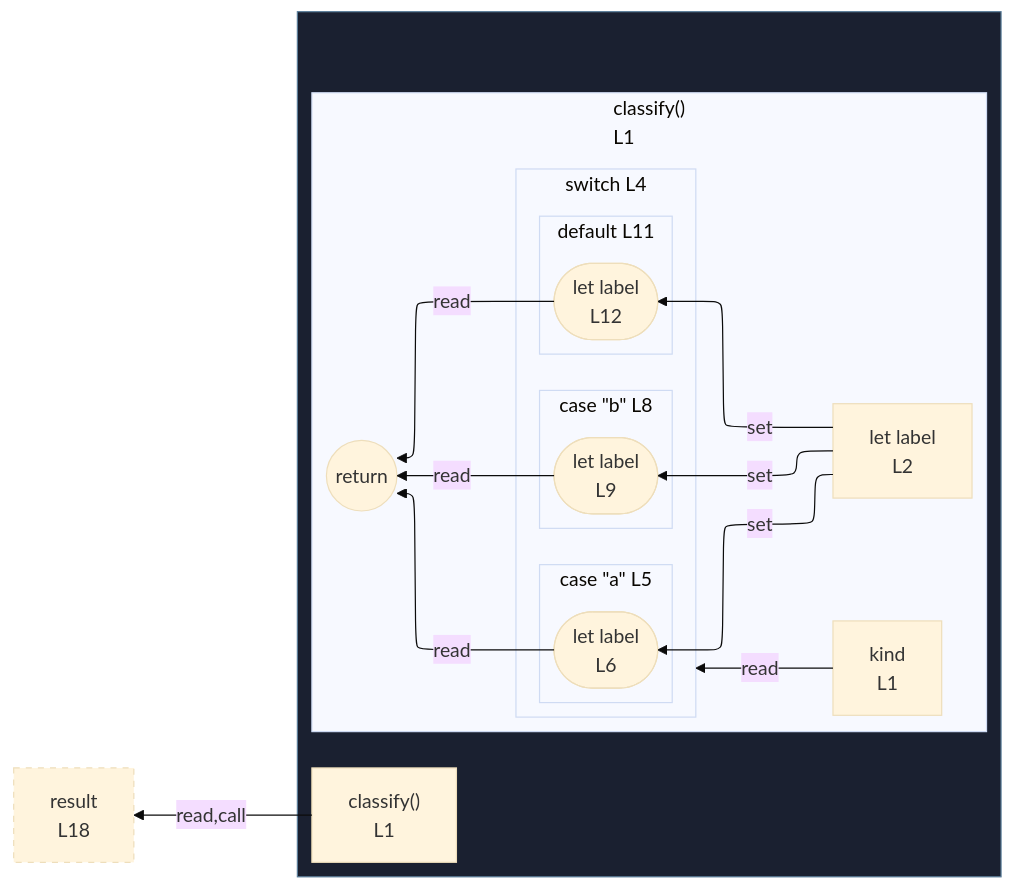
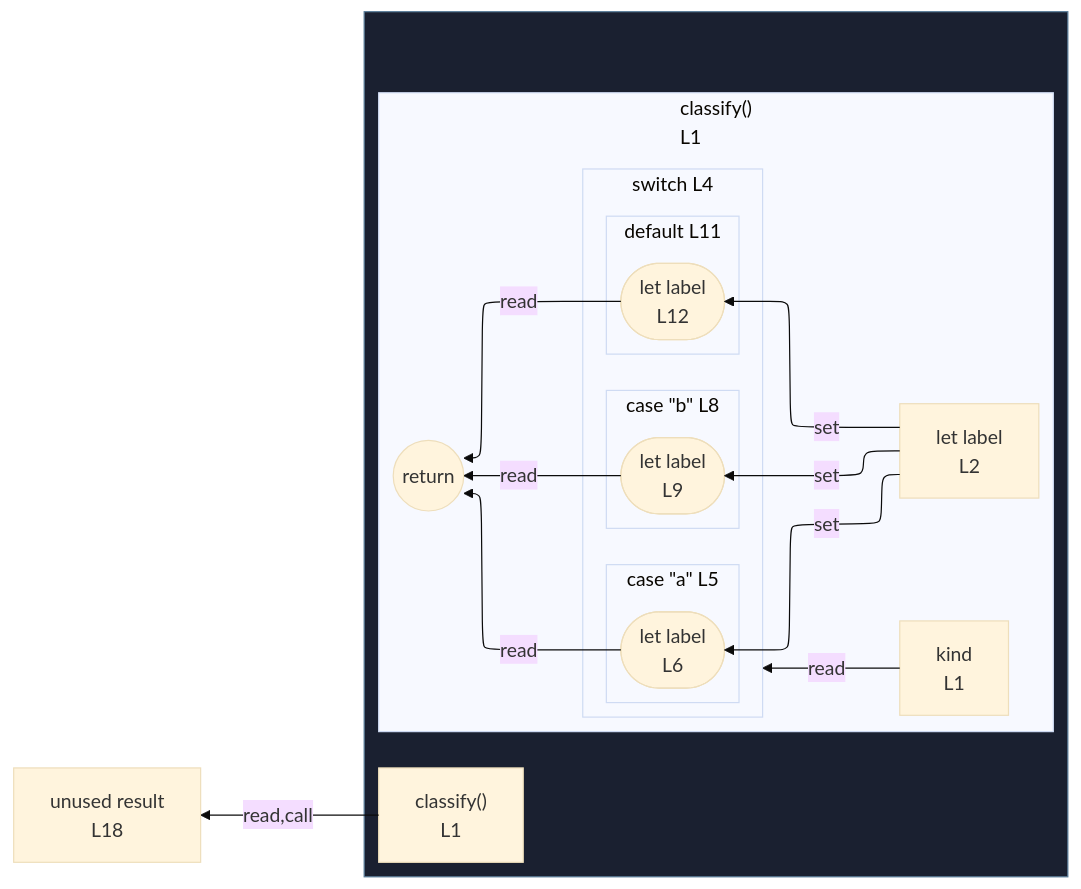
One commit to crescware/unsnarl changed the diagram in integration/fixtures/control-switch-return/preview.md. Above: the diagram before and after it, drawn with Mermaid (base theme). The commit also changed 75 other files, not shown here.

````diff
--- a/integration/fixtures/control-switch-return/preview.md
+++ b/integration/fixtures/control-switch-return/preview.md
@@ -28,42 +28,40 @@
 ```mermaid
 %%{init: {"flowchart": {"defaultRenderer": "elk"}}}%%
 flowchart RL
-  n_scope_0_result_243["result<br/>L18"]
+  n_scope_0_result_243["unused result<br/>L18"]
   subgraph wrap_s_scope_1[" "]
     direction TB
     n_scope_0_classify_9["classify()<br/>L1"]
     subgraph s_scope_1["classify()<br/>L1"]
       direction RL
       return_scope_0_classify_9((return))
       n_scope_1_kind_18["kind<br/>L1"]
       n_scope_1_label_40["let label<br/>L2"]
       subgraph s_scope_2["switch L4"]
         direction RL
         subgraph s_scope_3["case &quot;a&quot; L5"]
           direction RL
           wr_ref_1(["let label<br/>L6"])
         end
         subgraph s_scope_4["case &quot;b&quot; L8"]
           direction RL
           wr_ref_3(["let label<br/>L9"])
         end
         subgraph s_scope_5["default L11"]
           direction RL
           wr_ref_4(["let label<br/>L12"])
         end
       end
     end
   end
   n_scope_1_label_40 -->|set| wr_ref_1
   n_scope_1_label_40 -->|set| wr_ref_3
   n_scope_1_label_40 -->|set| wr_ref_4
   n_scope_1_kind_18 -->|read| s_scope_2
   wr_ref_1 -->|read| return_scope_0_classify_9
   wr_ref_3 -->|read| return_scope_0_classify_9
   wr_ref_4 -->|read| return_scope_0_classify_9
   n_scope_0_classify_9 -->|read,call| n_scope_0_result_243
   classDef fnWrap fill:#1a2030,stroke:#5a7d99;
   class wrap_s_scope_1 fnWrap;
-  classDef unused stroke-dasharray: 5 5;
-  class n_scope_0_result_243 unused;
 ```
````
